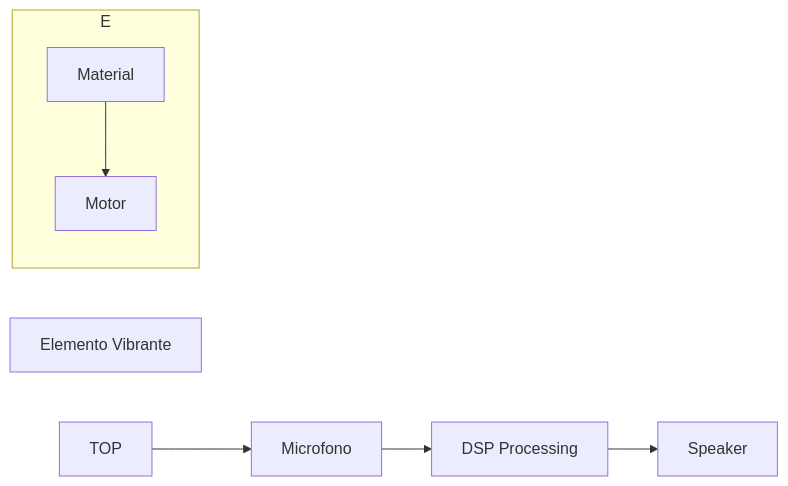
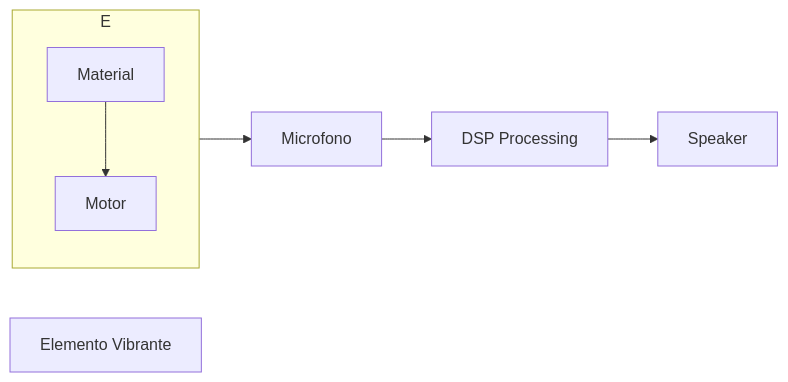
One commit to Hortus-Deliciarum/docz changed the diagram in README.md. Above: the diagram before and after it, drawn with Mermaid.

Commit message:
update info

````diff
--- a/README.md
+++ b/README.md
@@ -5,14 +5,14 @@
 ```mermaid
 flowchart LR
     A["Elemento Vibrante"]
     B["Microfono"]
     C["DSP Processing"]
     D["Speaker"]
     E["Elemento Vibrante"]
 
     subgraph E
         Material-->Motor
     end
 
-    TOP --> B --> C --> D
+    E --> B --> C --> D
 ```
````
